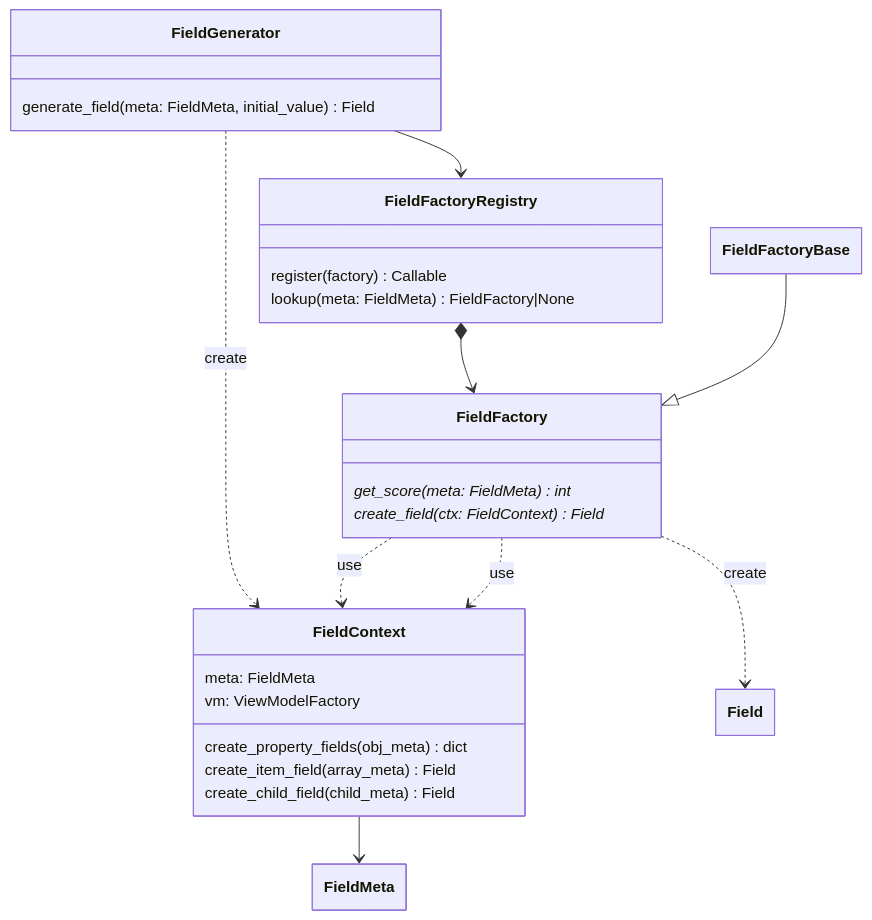
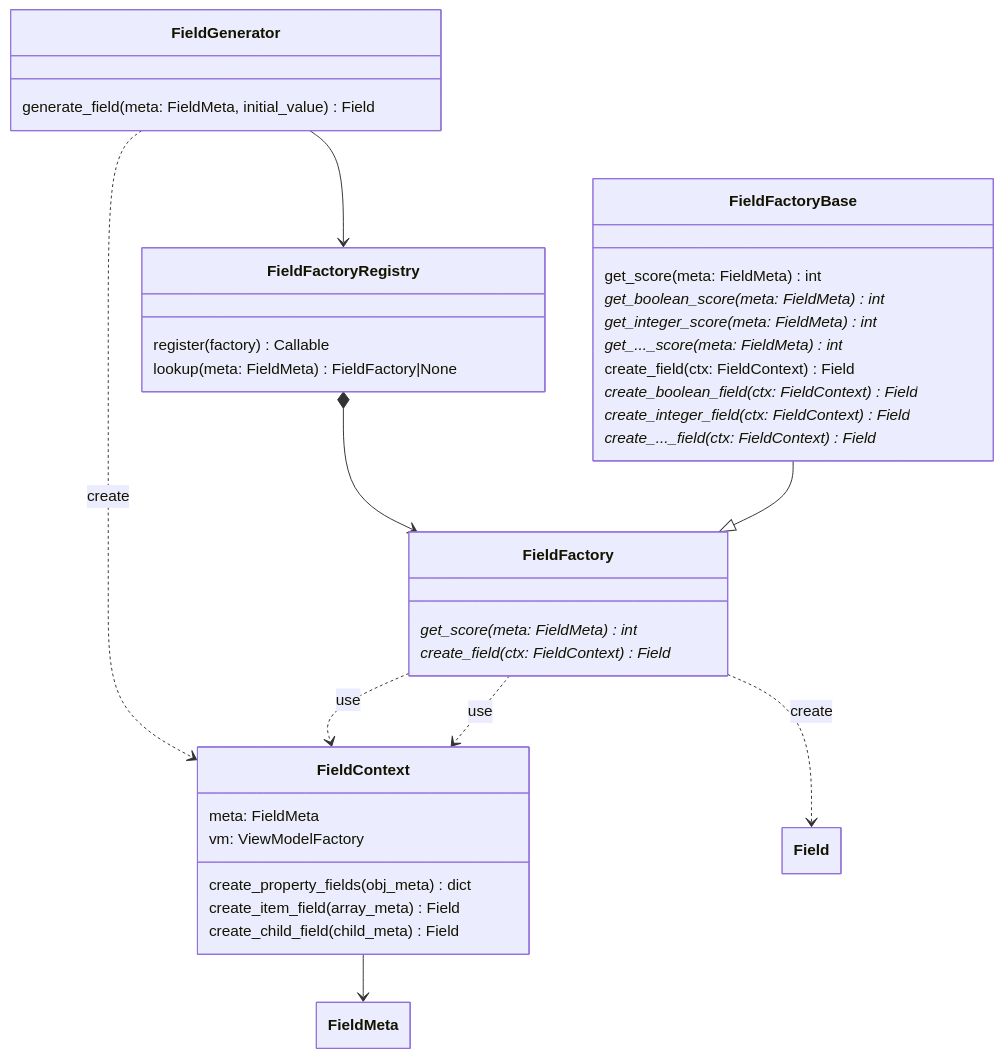
One commit to eo-tools/eozilla changed the second of 3 diagrams in docs/gavicore/ui/description.md. Above: the diagram before and after it, drawn with Mermaid. The commit also changed other lines of this file and 1 other file, not shown here.

Commit message:
fixed inclusion of notebooks in docs; using latest mermaid; updated some class diagrams

````diff
--- a/docs/gavicore/ui/description.md
+++ b/docs/gavicore/ui/description.md
@@ -109,43 +115,54 @@
 ```mermaid
 ---
 config:
     class:
         hideEmptyMembersBox: true
     theme: default
 ---
 classDiagram
     direction TB
     
     FieldContext --> FieldMeta
     FieldFactory ..> Field: create
     FieldFactory ..> FieldContext: use
     FieldFactory ..> FieldContext: use
     FieldFactoryBase --|> FieldFactory
     FieldGenerator ..> FieldContext : create
     FieldGenerator --> FieldFactoryRegistry
     FieldFactoryRegistry *--> FieldFactory 
 
-
     class FieldFactory {
         get_score(meta: FieldMeta)* int
         create_field(ctx: FieldContext)* Field 
+    }
+
+    class FieldFactoryBase {
+        get_score(meta: FieldMeta) int
+        get_boolean_score(meta: FieldMeta)* int
+        get_integer_score(meta: FieldMeta)* int
+        get_..._score(meta: FieldMeta)* int
+
+        create_field(ctx: FieldContext) Field 
+        create_boolean_field(ctx: FieldContext)* Field 
+        create_integer_field(ctx: FieldContext)* Field 
+        create_..._field(ctx: FieldContext)* Field 
     }
 
     class FieldContext {
         meta: FieldMeta
         vm: ViewModelFactory
         
         create_property_fields(obj_meta) dict
         create_item_field(array_meta) Field
         create_child_field(child_meta) Field
     }
 
     class FieldFactoryRegistry {
         register(factory) Callable
         lookup(meta: FieldMeta) FieldFactory|None
     }
 
     class FieldGenerator {
         generate_field(meta: FieldMeta, initial_value) Field
     }
 ```
````
